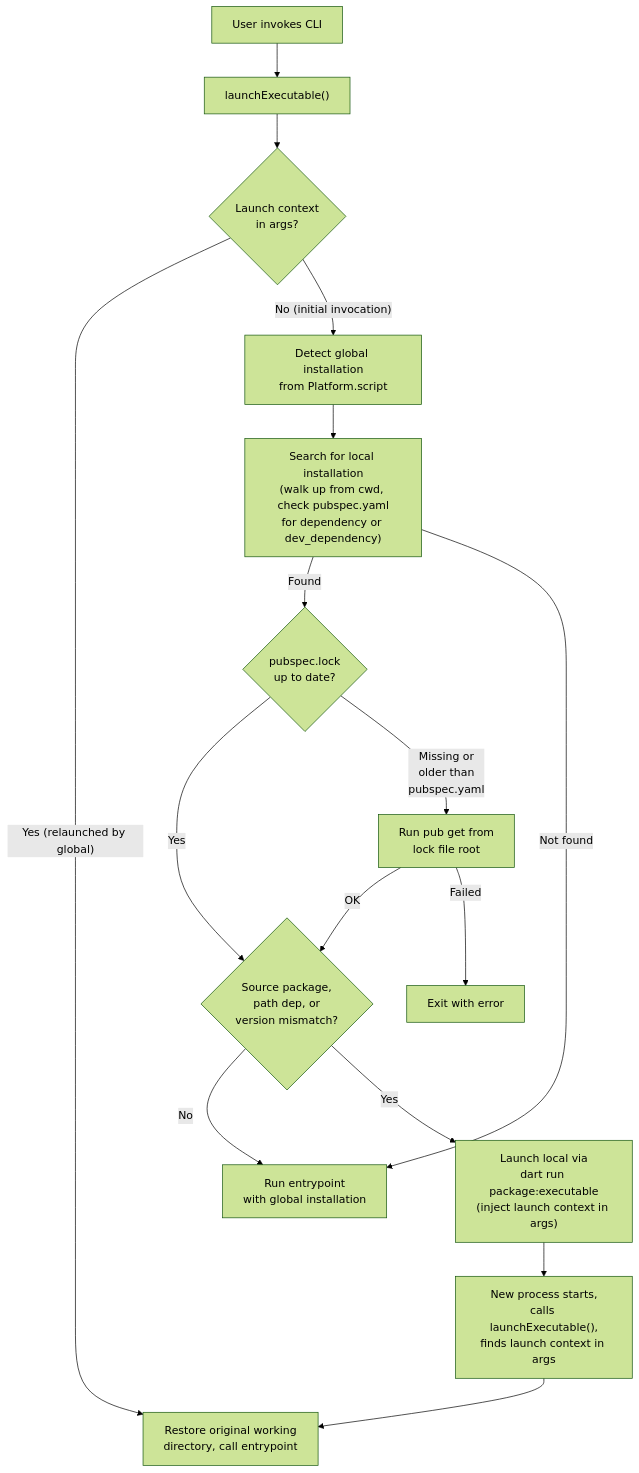
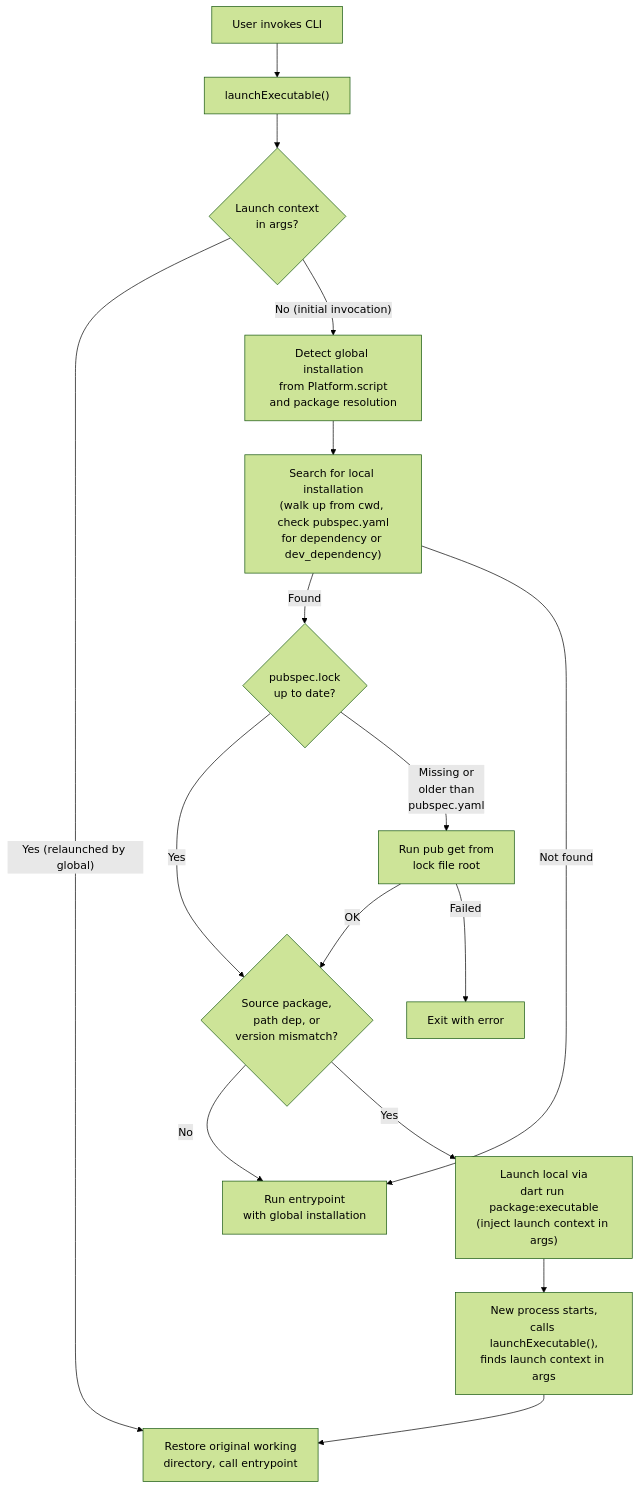
The diagram in README.md (blaugold/cli_launcher), drawn with Mermaid (forest theme) before and after one commit. The commit also changed 3 other files, not shown here.

````diff
--- a/README.md
+++ b/README.md
@@ -26,25 +26,25 @@
 ```mermaid
 flowchart TD
     A["User invokes CLI"] --> B["launchExecutable()"]
     B --> C{"Launch context<br/>in args?"}
 
     C -- "Yes (relaunched by global)" --> D["Restore original working<br/>directory, call entrypoint"]
-    C -- "No (initial invocation)" --> E["Detect global installation<br/>from Platform.script"]
+    C -- "No (initial invocation)" --> E["Detect global installation<br/>from Platform.script<br/>and package resolution"]
 
     E --> F["Search for local installation<br/>(walk up from cwd, check pubspec.yaml<br/>for dependency or dev_dependency)"]
 
     F -- "Found" --> G{"pubspec.lock<br/>up to date?"}
     F -- "Not found" --> GLOBAL
 
     G -- "Yes" --> I
     G -- "Missing or<br/>older than<br/>pubspec.yaml" --> H["Run pub get from<br/>lock file root"]
 
     H -- "OK" --> I{"Source package,<br/>path dep, or<br/>version mismatch?"}
     H -- "Failed" --> EXIT["Exit with error"]
 
     I -- "No" --> GLOBAL["Run entrypoint<br/>with global installation"]
     I -- "Yes" --> J["Launch local via<br/>dart run package:executable<br/>(inject launch context in args)"]
 
     J --> K["New process starts,<br/>calls launchExecutable(),<br/>finds launch context in args"]
     K --> D
 ```
````
